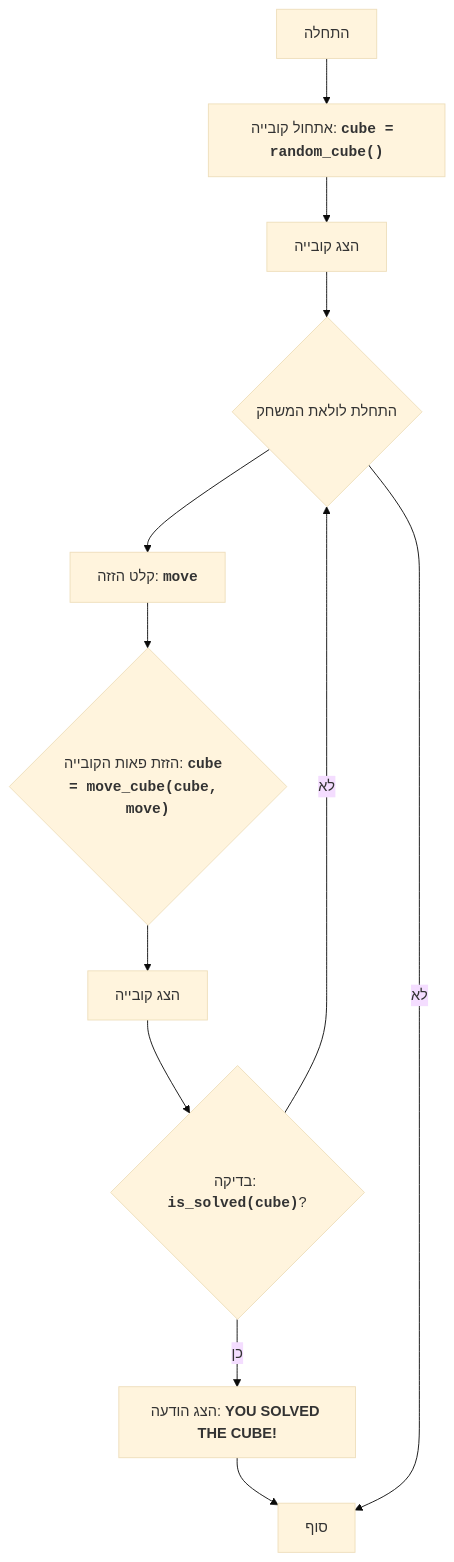
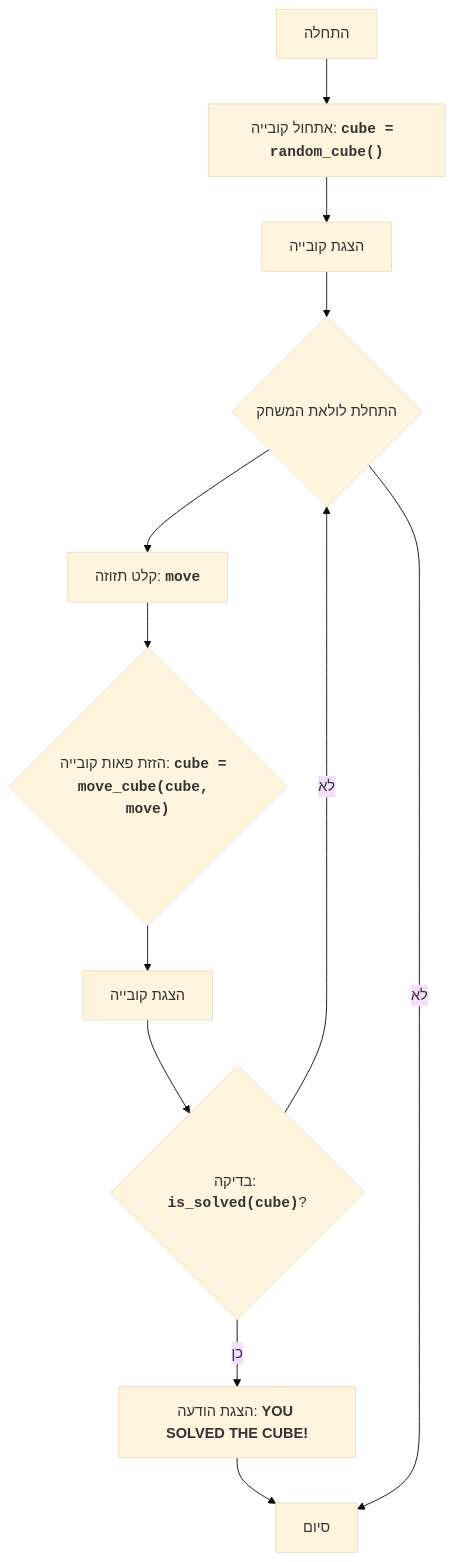
The diagram in docs/gemini/he/doc/src/endpoints/ai_games/101_basic_computer_games/ru/GAMES/CUBE/README.MD.md (hypo69/hypo), drawn with Mermaid (base theme) before and after one commit. The commit also changed other lines of this file and 885 other files, not shown here.

````diff
--- a/docs/gemini/he/doc/src/endpoints/ai_games/101_basic_computer_games/ru/GAMES/CUBE/README.MD.md
+++ b/docs/gemini/he/doc/src/endpoints/ai_games/101_basic_computer_games/ru/GAMES/CUBE/README.MD.md
@@ -41,14 +41,15 @@
 ```mermaid
 flowchart TD
     Start["התחלה"] --> InitializeCube["אתחול קובייה: <code><b>cube = random_cube()</b></code>"]
-    InitializeCube --> DisplayCube["הצג קובייה"]
+    InitializeCube --> DisplayCube["הצגת קובייה"]
     DisplayCube --> GameLoopStart{"התחלת לולאת המשחק"}
-    GameLoopStart --> InputMove["קלט הזזה: <code><b>move</b></code>"]
-    InputMove --> MoveCube{"הזזת פאות הקובייה: <code><b>cube = move_cube(cube, move)</b></code>"}
-    MoveCube --> DisplayCubeAgain["הצג קובייה"]
+    GameLoopStart --> InputMove["קלט תזוזה: <code><b>move</b></code>"]
+    InputMove --> MoveCube{"הזזת פאות קובייה: <code><b>cube = move_cube(cube, move)</b></code>"}
+    MoveCube --> DisplayCubeAgain["הצגת קובייה"]
     DisplayCubeAgain --> CheckSolved{"בדיקה: <code><b>is_solved(cube)</b></code>?"}
-    CheckSolved -- כן --> OutputWin["הצג הודעה: <b>YOU SOLVED THE CUBE!</b>"]
-    OutputWin --> End["סוף"]
+    CheckSolved -- כן --> OutputWin["הצגת הודעה: <b>YOU SOLVED THE CUBE!</b>"]
+    OutputWin --> End["סיום"]
     CheckSolved -- לא --> GameLoopStart
     GameLoopStart -- לא --> End
+
 ```
````
